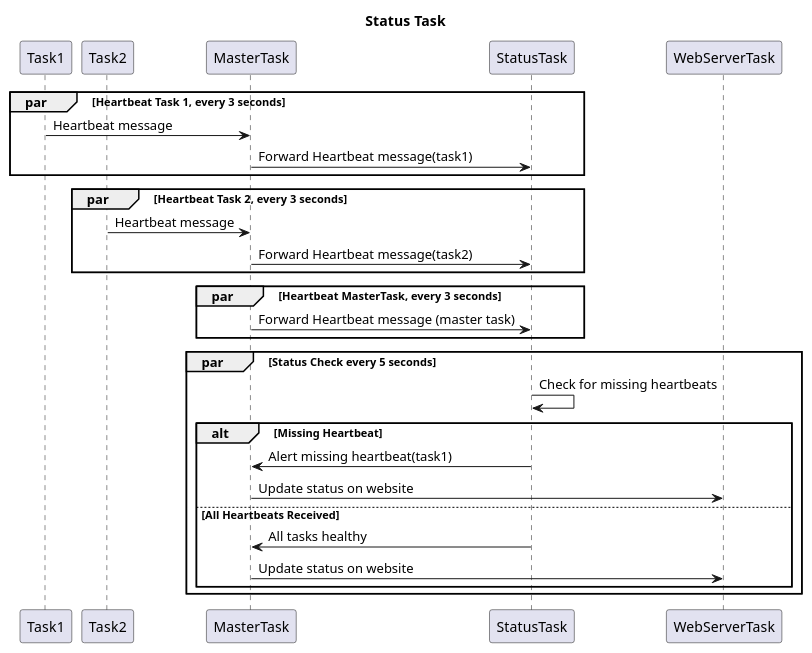
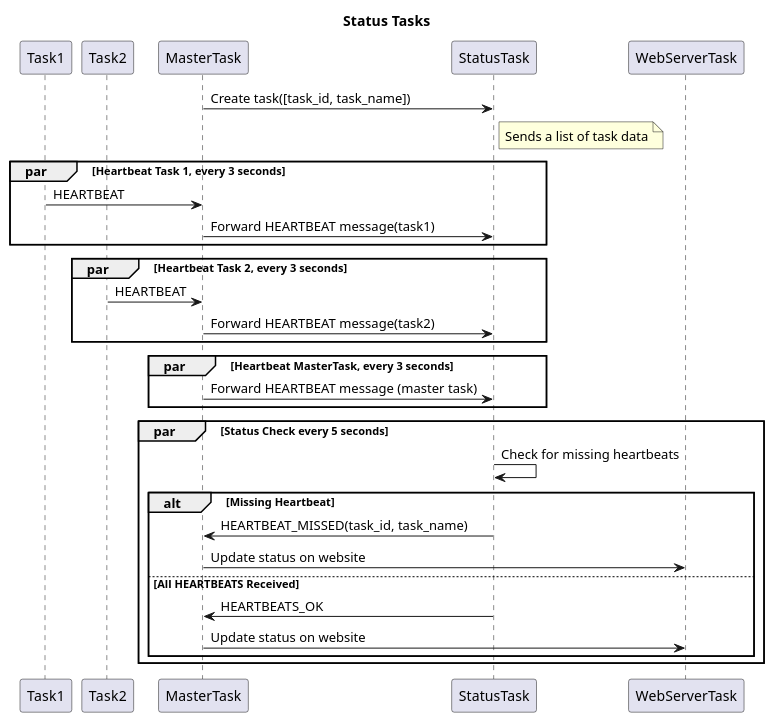
Before and after one commit to michelkeijzers/Esp32Framework2: the fifth of 5 diagrams in docs/design/overview.puml, drawn with PlantUML. The commit also changed other lines of this file and 28 other files, not shown here.

Commit message:
Status and task (ID)s

```diff
--- a/docs/design/overview.puml
+++ b/docs/design/overview.puml
@@ -287,40 +292,37 @@
 @startuml 
 
-title Status Task
+title Status Tasks
 
+participant MasterTask
 participant Task1
 participant Task2
 participant MasterTask
 participant StatusTask 
 
+MasterTask -> StatusTask : Create task([task_id, task_name])
+note right of StatusTask
+    Sends a list of task data
+end note
 par Heartbeat Task 1, every 3 seconds
-    Task1 -> MasterTask : Heartbeat message
-    MasterTask -> StatusTask : Forward Heartbeat message(task1)
+    Task1 -> MasterTask : HEARTBEAT
+    MasterTask -> StatusTask : Forward HEARTBEAT message(task1)
 end 
 par Heartbeat Task 2, every 3 seconds
-    Task2 -> MasterTask : Heartbeat message
-    MasterTask -> StatusTask : Forward Heartbeat message(task2)
+    Task2 -> MasterTask : HEARTBEAT
+    MasterTask -> StatusTask : Forward HEARTBEAT message(task2)
 end
 par Heartbeat MasterTask, every 3 seconds
-    MasterTask -> StatusTask : Forward Heartbeat message (master task)
+    MasterTask -> StatusTask : Forward HEARTBEAT message (master task)
 end
 par Status Check every 5 seconds
     StatusTask -> StatusTask : Check for missing heartbeats
     alt Missing Heartbeat
-        StatusTask -> MasterTask : Alert missing heartbeat(task1)
+        StatusTask -> MasterTask : HEARTBEAT_MISSED(task_id, task_name)
         MasterTask -> WebServerTask : Update status on website
-    else All Heartbeats Received
-        StatusTask -> MasterTask : All tasks healthy
+    else All HEARTBEATS Received
+        StatusTask -> MasterTask : HEARTBEATS_OK
         MasterTask -> WebServerTask : Update status on website
     end
 end
 
-
-
-
-
-
-
-
-
 @enduml
```
